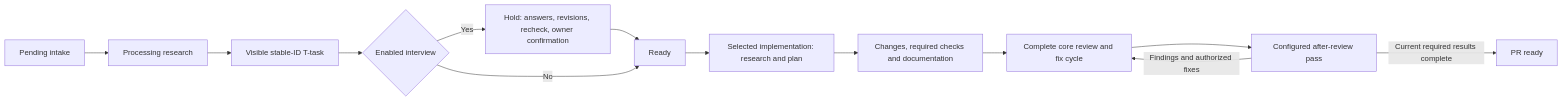
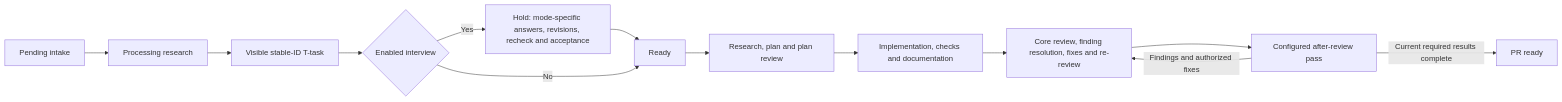
Before and after one commit to strexet/skill-tree: the diagram in .skill-tree/documents/plugin-workflow-decisions.md, drawn with Mermaid. The commit also changed other lines of this file and 4 other files, not shown here.

````diff
--- a/.skill-tree/documents/plugin-workflow-decisions.md
+++ b/.skill-tree/documents/plugin-workflow-decisions.md
@@ -41,15 +43,15 @@
 ```mermaid
 flowchart LR
     A[Pending intake] --> B[Processing research]
     B --> C[Visible stable-ID T-task]
     C --> D{Enabled interview}
-    D -->|Yes| E[Hold: answers, revisions, recheck, owner confirmation]
+    D -->|Yes| E[Hold: mode-specific answers, revisions, recheck and acceptance]
     E --> F[Ready]
     D -->|No| F
-    F --> G[Selected implementation: research and plan]
-    G --> H[Changes, required checks and documentation]
-    H --> I[Complete core review and fix cycle]
+    F --> G[Research, plan and plan review]
+    G --> H[Implementation, checks and documentation]
+    H --> I[Core review, finding resolution, fixes and re-review]
     I --> J[Configured after-review pass]
     J -->|Findings and authorized fixes| I
     J -->|Current required results complete| K[PR ready]
 ```
````
